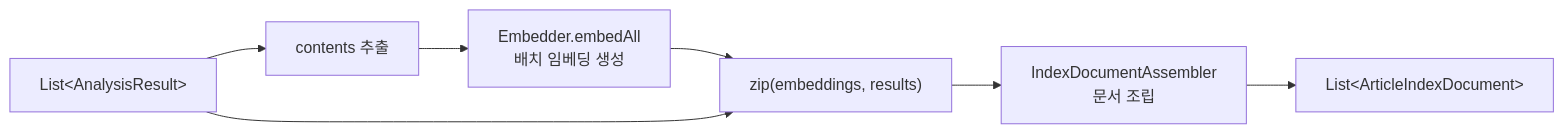
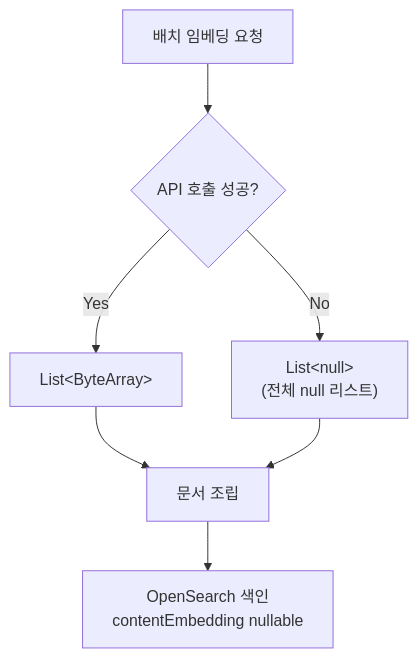
One commit to vonkernel/local-incident-tracker changed the third of 5 diagrams in indexer/README.md. Above: the diagram before and after it, drawn with Mermaid. The commit also changed other lines of this file and 97 other files, not shown here.

First line of the commit message:
Refactor to FP architecture with documentation updates (#17)

````diff
--- a/indexer/README.md
+++ b/indexer/README.md
@@ -76,9 +88,9 @@
 ```mermaid
-flowchart LR
-    AR["List&lt;AnalysisResult&gt;"] --> C["contents 추출"]
-    C --> E["Embedder.embedAll<br/>배치 임베딩 생성"]
-    E --> Z["zip(embeddings, results)"]
-    AR --> Z
-    Z --> A["IndexDocumentAssembler<br/>문서 조립"]
-    A --> R["List&lt;ArticleIndexDocument&gt;"]
+flowchart TD
+    A[배치 임베딩 요청] --> B{API 호출 성공?}
+    B -->|Yes| C["List&lt;ByteArray&gt;"]
+    B -->|No| D["List&lt;null&gt;<br/>(전체 null 리스트)"]
+    C --> E[문서 조립]
+    D --> E
+    E --> F[OpenSearch 색인<br/>contentEmbedding nullable]
 ```
````
